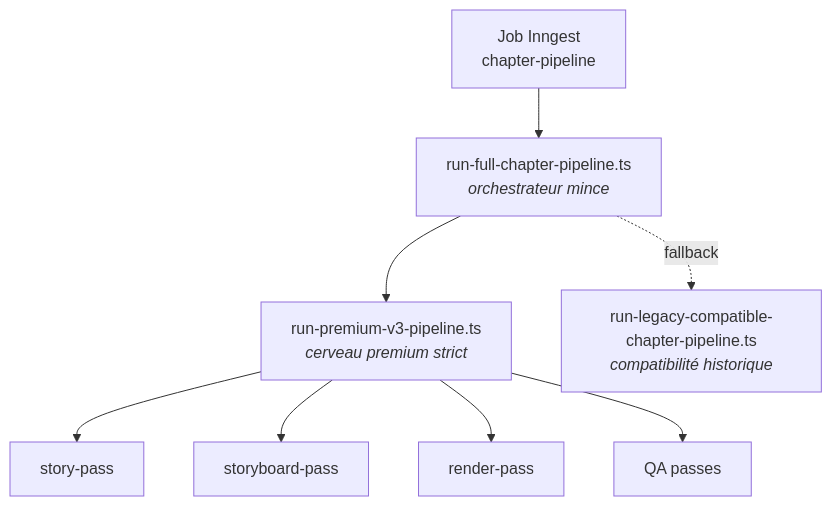
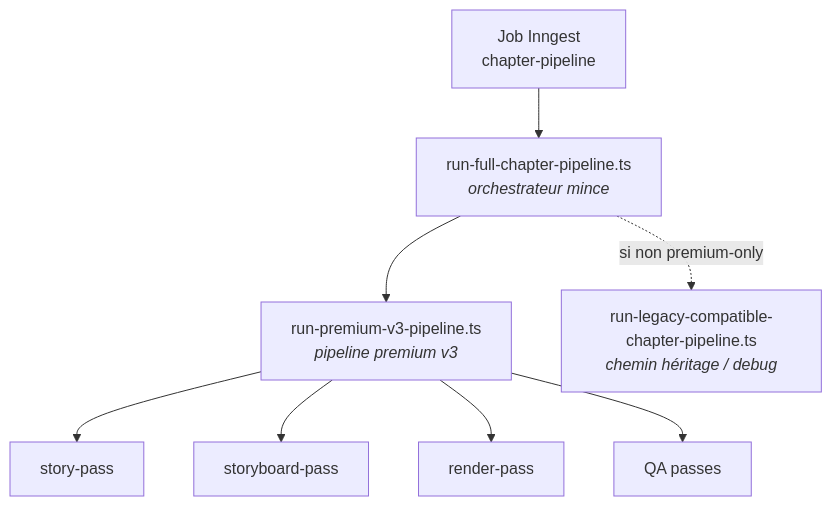
Before and after one commit to Putsch13/mymanga: the fourth of 6 diagrams in README.md, drawn with Mermaid. The commit also changed other lines of this file and 486 other files, not shown here.

````diff
--- a/README.md
+++ b/README.md
@@ -262,10 +264,10 @@
 ```mermaid
 flowchart TB
     JOB[Job Inngest<br/>chapter-pipeline] --> RUNNER[run-full-chapter-pipeline.ts<br/><i>orchestrateur mince</i>]
-    RUNNER --> PREMIUM[run-premium-v3-pipeline.ts<br/><i>cerveau premium strict</i>]
-    RUNNER -.->|fallback| LEGACY[run-legacy-compatible-chapter-pipeline.ts<br/><i>compatibilité historique</i>]
+    RUNNER --> PREMIUM[run-premium-v3-pipeline.ts<br/><i>pipeline premium v3</i>]
+    RUNNER -.->|si non premium-only| LEGACY[run-legacy-compatible-chapter-pipeline.ts<br/><i>chemin héritage / debug</i>]
     PREMIUM --> P1[story-pass]
     PREMIUM --> P2[storyboard-pass]
     PREMIUM --> P3[render-pass]
     PREMIUM --> P4[QA passes]
 ```
````
